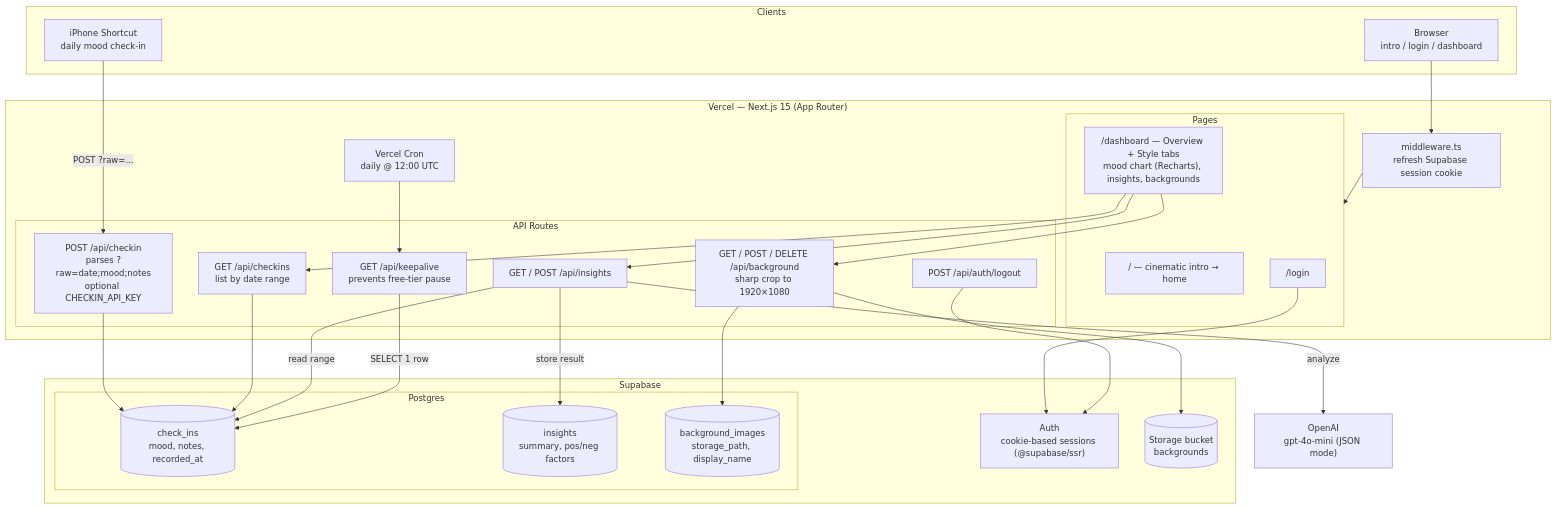
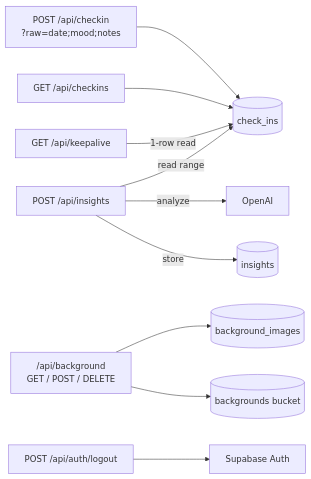
The second of 2 diagrams in README.md (dhu2022-dev/mental-health-checkin), drawn with Mermaid before and after one commit. The commit also changed other lines of this file, not shown here.

Commit message:
Adjust diagram to two level structure: system overview and api routes

````diff
--- a/README.md
+++ b/README.md
@@ -9,58 +29,15 @@
 ```mermaid
-flowchart TB
-    subgraph clients["Clients"]
-        shortcut["iPhone Shortcut<br/>daily mood check-in"]
-        browser["Browser<br/>intro / login / dashboard"]
-    end
+flowchart LR
+    checkin["POST /api/checkin<br/>?raw=date;mood;notes"] --> check_ins[("check_ins")]
+    checkins["GET /api/checkins"] --> check_ins
+    keepalive["GET /api/keepalive"] -->|"1-row read"| check_ins
 
-    subgraph vercel["Vercel — Next.js 15 (App Router)"]
-        middleware["middleware.ts<br/>refresh Supabase session cookie"]
+    insights["POST /api/insights"] -->|"read range"| check_ins
+    insights -->|"analyze"| openai["OpenAI"]
+    insights -->|"store"| insights_t[("insights")]
 
-        subgraph pages["Pages"]
-            home["/ — cinematic intro → home"]
-            login["/login"]
-            dashboard["/dashboard — Overview + Style tabs<br/>mood chart (Recharts), insights, backgrounds"]
-        end
+    background["/api/background<br/>GET / POST / DELETE"] --> bg_t[("background_images")]
+    background --> bucket[("backgrounds bucket")]
 
-        subgraph api["API Routes"]
-            checkin["POST /api/checkin<br/>parses ?raw=date;mood;notes<br/>optional CHECKIN_API_KEY"]
-            checkins["GET /api/checkins<br/>list by date range"]
-            insights_api["GET / POST /api/insights"]
-            background["GET / POST / DELETE /api/background<br/>sharp crop to 1920×1080"]
-            logout["POST /api/auth/logout"]
-            keepalive["GET /api/keepalive<br/>prevents free-tier pause"]
-        end
-
-        cron["Vercel Cron<br/>daily @ 12:00 UTC"]
-    end
-
-    subgraph supabase["Supabase"]
-        auth["Auth<br/>cookie-based sessions (@supabase/ssr)"]
-        subgraph postgres["Postgres"]
-            check_ins[("check_ins<br/>mood, notes, recorded_at")]
-            insights_table[("insights<br/>summary, pos/neg factors")]
-            background_images[("background_images<br/>storage_path, display_name")]
-        end
-        bucket[("Storage bucket<br/>backgrounds")]
-    end
-
-    openai["OpenAI<br/>gpt-4o-mini (JSON mode)"]
-
-    shortcut -->|"POST ?raw=..."| checkin
-    browser --> middleware --> pages
-    login --> auth
-    logout --> auth
-    dashboard --> checkins
-    dashboard --> insights_api
-    dashboard --> background
-
-    checkin --> check_ins
-    checkins --> check_ins
-    insights_api -->|"read range"| check_ins
-    insights_api -->|"analyze"| openai
-    insights_api -->|"store result"| insights_table
-    background --> background_images
-    background --> bucket
-
-    cron --> keepalive -->|"SELECT 1 row"| check_ins
+    logout["POST /api/auth/logout"] --> auth["Supabase Auth"]
 ```
````
